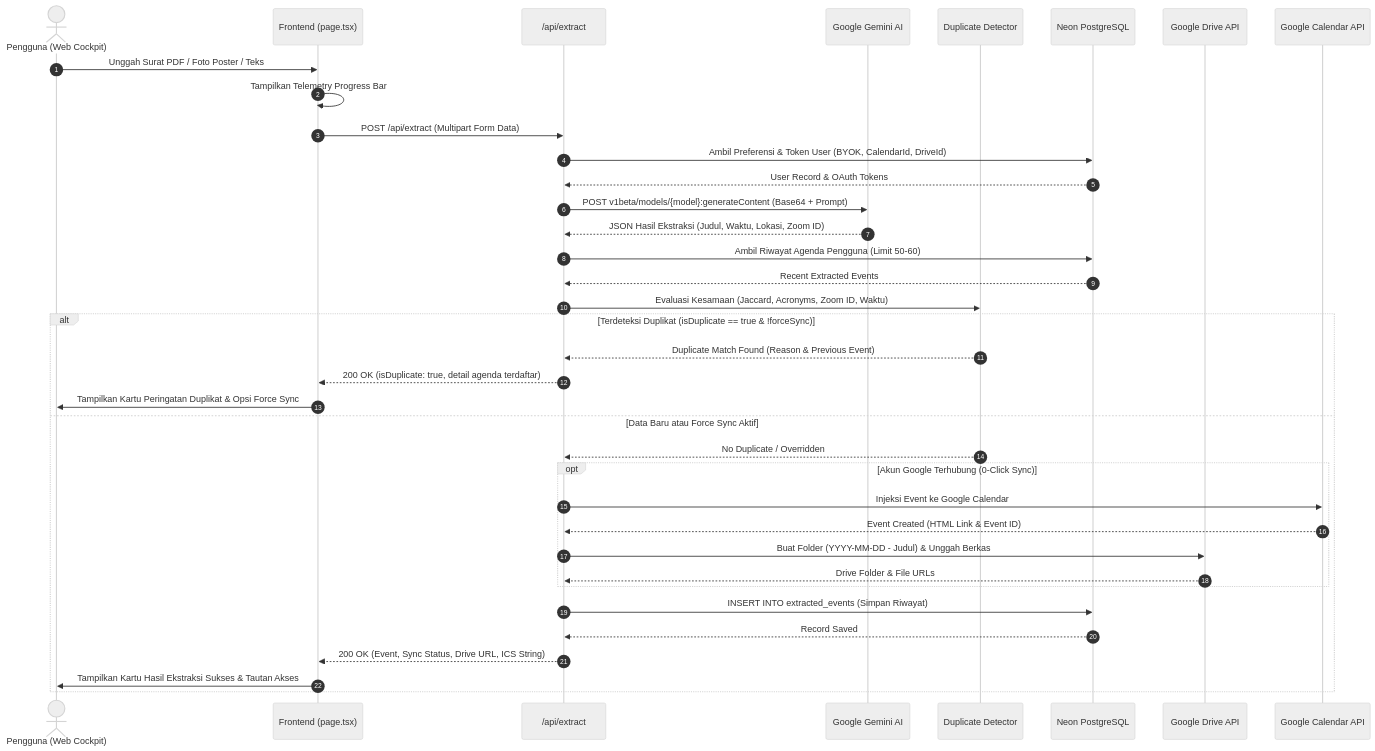
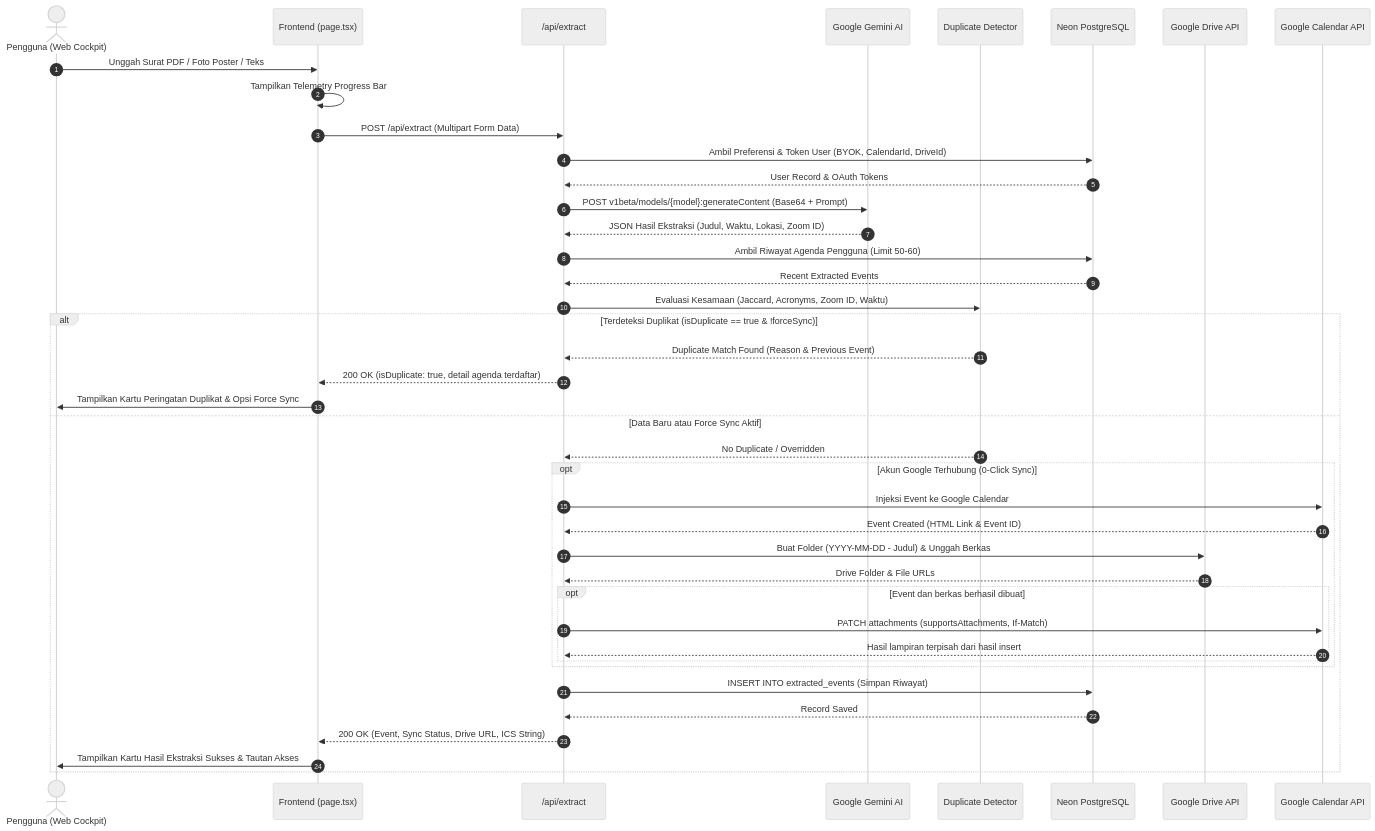
The second of 4 diagrams in Architecture.md (alfarisg34/easygooglecalendar), drawn with Mermaid (neutral theme) before and after one commit. The commit also changed other lines of this file and 67 other files, not shown here.

````diff
--- a/Architecture.md
+++ b/Architecture.md
@@ -216,48 +240,52 @@
 ```mermaid
 sequenceDiagram
     autonumber
     actor User as Pengguna (Web Cockpit)
     participant UI as Frontend (page.tsx)
     participant Route as /api/extract
     participant Gemini as Google Gemini AI
     participant Dup as Duplicate Detector
     participant DB as Neon PostgreSQL
     participant Drive as Google Drive API
     participant Cal as Google Calendar API
 
     User->>UI: Unggah Surat PDF / Foto Poster / Teks
     UI->>UI: Tampilkan Telemetry Progress Bar
     UI->>Route: POST /api/extract (Multipart Form Data)
     
     Route->>DB: Ambil Preferensi & Token User (BYOK, CalendarId, DriveId)
     DB-->>Route: User Record & OAuth Tokens
     
     Route->>Gemini: POST v1beta/models/{model}:generateContent (Base64 + Prompt)
     Gemini-->>Route: JSON Hasil Ekstraksi (Judul, Waktu, Lokasi, Zoom ID)
     
     Route->>DB: Ambil Riwayat Agenda Pengguna (Limit 50-60)
     DB-->>Route: Recent Extracted Events
     Route->>Dup: Evaluasi Kesamaan (Jaccard, Acronyms, Zoom ID, Waktu)
     
     alt Terdeteksi Duplikat (isDuplicate == true & !forceSync)
         Dup-->>Route: Duplicate Match Found (Reason & Previous Event)
         Route-->>UI: 200 OK (isDuplicate: true, detail agenda terdaftar)
         UI->>User: Tampilkan Kartu Peringatan Duplikat & Opsi Force Sync
     else Data Baru atau Force Sync Aktif
         Dup-->>Route: No Duplicate / Overridden
         
         opt Akun Google Terhubung (0-Click Sync)
             Route->>Cal: Injeksi Event ke Google Calendar
             Cal-->>Route: Event Created (HTML Link & Event ID)
             
             Route->>Drive: Buat Folder (YYYY-MM-DD - Judul) & Unggah Berkas
             Drive-->>Route: Drive Folder & File URLs
+            opt Event dan berkas berhasil dibuat
+                Route->>Cal: PATCH attachments (supportsAttachments, If-Match)
+                Cal-->>Route: Hasil lampiran terpisah dari hasil insert
+            end
         end
         
         Route->>DB: INSERT INTO extracted_events (Simpan Riwayat)
         DB-->>Route: Record Saved
         
         Route-->>UI: 200 OK (Event, Sync Status, Drive URL, ICS String)
         UI->>User: Tampilkan Kartu Hasil Ekstraksi Sukses & Tautan Akses
     end
 ```
````
